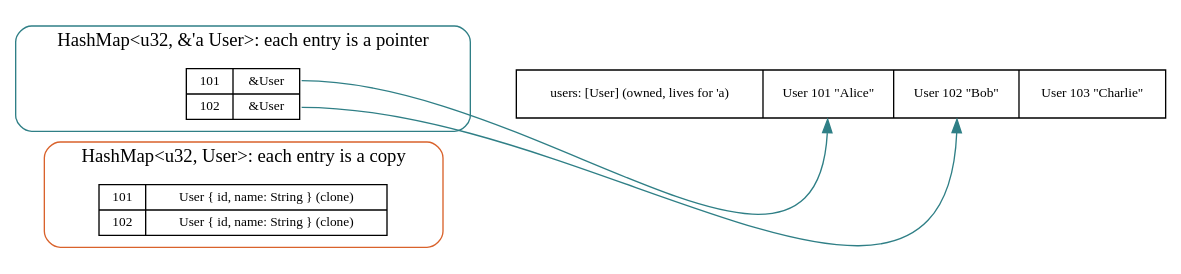
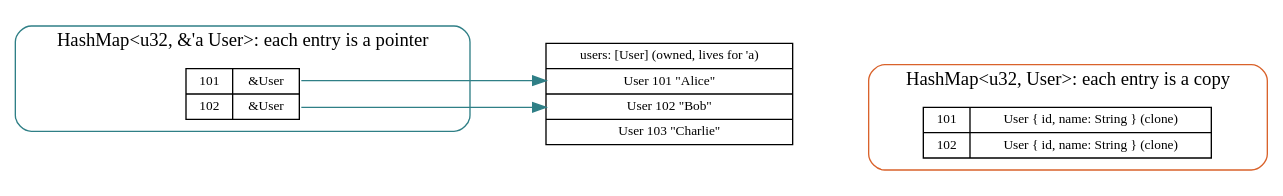
Before and after one commit to arpanpathak/cracking-the-systems-programming-interview: the diagram in cracking-the-systems-programming-interview/diagrams/ch01-borrow-layout.dot, drawn with Graphviz. The commit also changed 30 other files, not shown here.

```diff
--- a/cracking-the-systems-programming-interview/diagrams/ch01-borrow-layout.dot
+++ b/cracking-the-systems-programming-interview/diagrams/ch01-borrow-layout.dot
@@ -1,10 +1,12 @@
 digraph layout {
-  rankdir=LR; nodesep=0.2; ranksep=0.6;
+  rankdir=LR; nodesep=0.3; ranksep=0.9;
   node [fontsize=10];
+  subgraph cluster_ref { label="HashMap<u32, &'a User>: each entry is a pointer"; style="rounded"; color="#2f7f86"; fontname="Menlo";
+    m2 [shape=record label="{101|<p1>&User}|{102|<p2>&User}" fillcolor="#e3f1ea"]; }
+  users [shape=record label="users: [User] (owned, lives for 'a)|<u1>User 101 \"Alice\"|<u2>User 102 \"Bob\"|<u3>User 103 \"Charlie\"" fillcolor="#fdf6e8"];
   subgraph cluster_copy { label="HashMap<u32, User>: each entry is a copy"; style="rounded"; color="#d9622b"; fontname="Menlo";
     m1 [shape=record label="{101|User \{ id, name: String \} (clone)}|{102|User \{ id, name: String \} (clone)}" fillcolor="#fbe3d6"]; }
-  subgraph cluster_ref { label="HashMap<u32, &'a User>: each entry is a pointer"; style="rounded"; color="#2f7f86"; fontname="Menlo";
-    m2 [shape=record label="{101|<p1>&User}|{102|<p2>&User}" fillcolor="#e3f1ea"]; }
-  users [shape=record label="{users: [User] (owned, lives for 'a)|<u1>User 101 \"Alice\"|<u2>User 102 \"Bob\"|User 103 \"Charlie\"}" fillcolor="#fdf6e8"];
-  m2:p1 -> users:u1 [color="#2f7f86"]; m2:p2 -> users:u2 [color="#2f7f86"];
+  m2:p1:e -> users:u1:w [color="#2f7f86"];
+  m2:p2:e -> users:u2:w [color="#2f7f86"];
+  users:u3 -> m1 [style=invis];
 }
```
